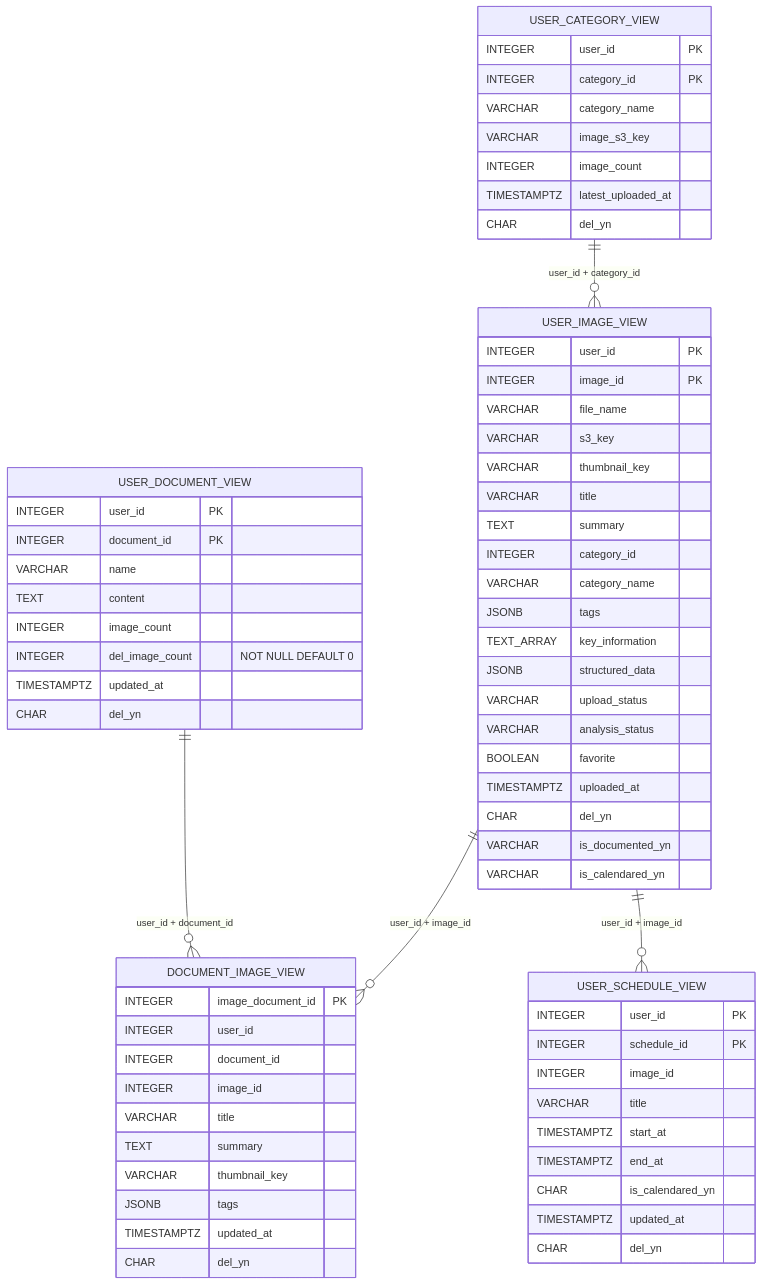
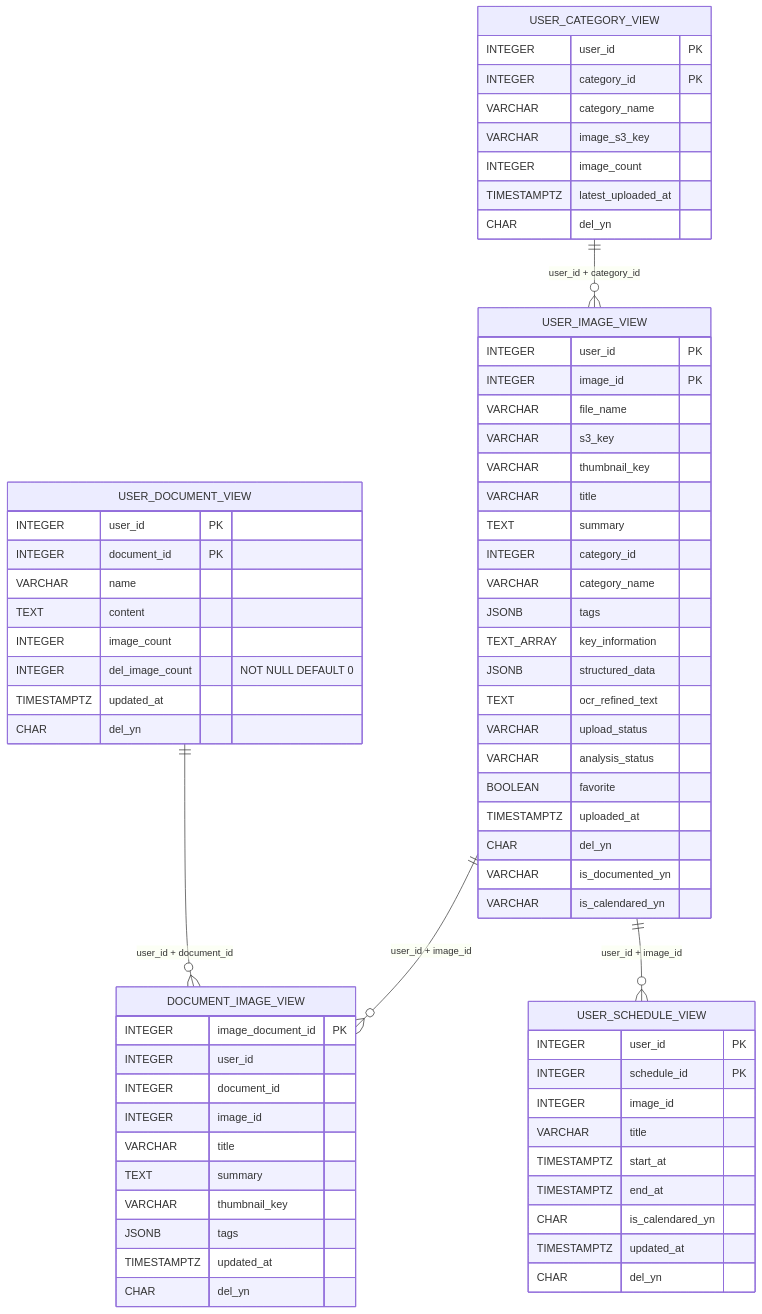
Before and after one commit to hantawon123/MODERA: the third of 4 diagrams in backend/docs/database-erd.md, drawn with Mermaid. The commit also changed 10 other files, not shown here.

````diff
--- a/backend/docs/database-erd.md
+++ b/backend/docs/database-erd.md
@@ -320,75 +320,76 @@
 ```mermaid
 erDiagram
     USER_CATEGORY_VIEW ||--o{ USER_IMAGE_VIEW : "user_id + category_id"
     USER_IMAGE_VIEW ||--o{ DOCUMENT_IMAGE_VIEW : "user_id + image_id"
     USER_DOCUMENT_VIEW ||--o{ DOCUMENT_IMAGE_VIEW : "user_id + document_id"
     USER_IMAGE_VIEW ||--o{ USER_SCHEDULE_VIEW : "user_id + image_id"
 
     USER_IMAGE_VIEW {
         INTEGER user_id PK
         INTEGER image_id PK
         VARCHAR file_name
         VARCHAR s3_key
         VARCHAR thumbnail_key
         VARCHAR title
         TEXT summary
         INTEGER category_id
         VARCHAR category_name
         JSONB tags
         TEXT_ARRAY key_information
         JSONB structured_data
+        TEXT ocr_refined_text
         VARCHAR upload_status
         VARCHAR analysis_status
         BOOLEAN favorite
         TIMESTAMPTZ uploaded_at
         CHAR del_yn
         VARCHAR is_documented_yn
         VARCHAR is_calendared_yn
     }
 
     USER_CATEGORY_VIEW {
         INTEGER user_id PK
         INTEGER category_id PK
         VARCHAR category_name
         VARCHAR image_s3_key
         INTEGER image_count
         TIMESTAMPTZ latest_uploaded_at
         CHAR del_yn
     }
 
     USER_DOCUMENT_VIEW {
         INTEGER user_id PK
         INTEGER document_id PK
         VARCHAR name
         TEXT content
         INTEGER image_count
         INTEGER del_image_count "NOT NULL DEFAULT 0"
         TIMESTAMPTZ updated_at
         CHAR del_yn
     }
 
     DOCUMENT_IMAGE_VIEW {
         INTEGER image_document_id PK
         INTEGER user_id
         INTEGER document_id
         INTEGER image_id
         VARCHAR title
         TEXT summary
         VARCHAR thumbnail_key
         JSONB tags
         TIMESTAMPTZ updated_at
         CHAR del_yn
     }
 
     USER_SCHEDULE_VIEW {
         INTEGER user_id PK
         INTEGER schedule_id PK
         INTEGER image_id
         VARCHAR title
         TIMESTAMPTZ start_at
         TIMESTAMPTZ end_at
         CHAR is_calendared_yn
         TIMESTAMPTZ updated_at
         CHAR del_yn
     }
 ```
````
